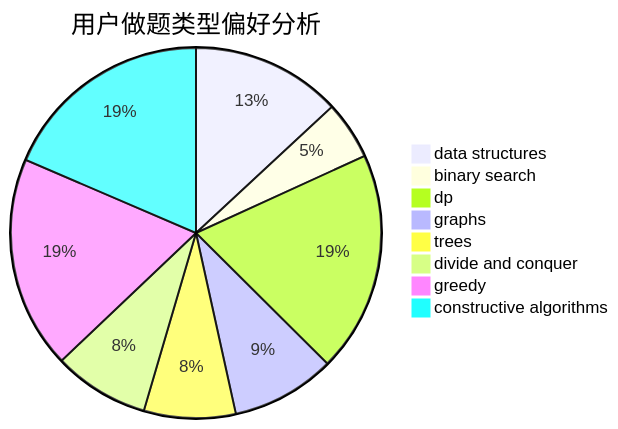
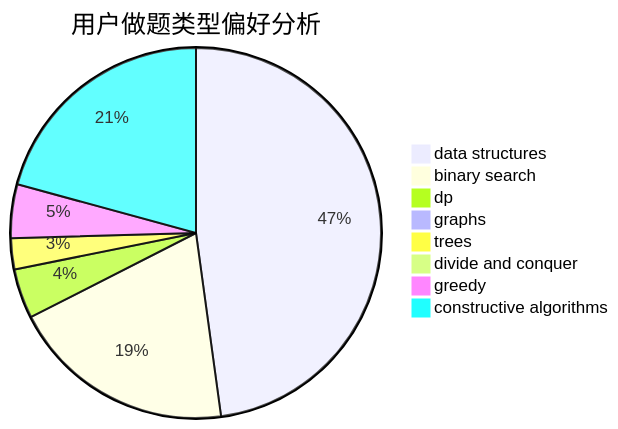
The second of 3 diagrams in docs/user/u91.md (sherpahu/cfrs.github.io), drawn with Mermaid before and after one commit. The commit also changed other lines of this file and 2770 other files, not shown here.

````diff
--- a/docs/user/u91.md
+++ b/docs/user/u91.md
@@ -23,11 +23,11 @@
 ```mermaid
 pie title 用户做题类型偏好分析
-    "data structures" :  36
-    "binary search" :  14
-    "dp" :  53
-    "graphs" :  25
-    "trees" :  22
-    "divide and conquer" :  23
-    "greedy" :  51
-    "constructive algorithms" :  51
+    "data structures" :  265
+    "binary search" :  109
+    "dp" :  24
+    "graphs" :  5
+    "trees" :  15
+    "divide and conquer" :  0
+    "greedy" :  26
+    "constructive algorithms" :  115
 ```
````
